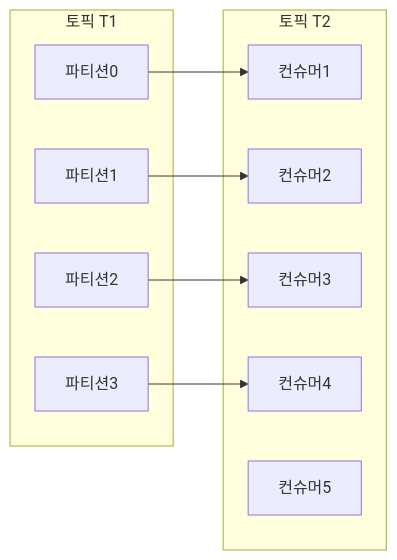
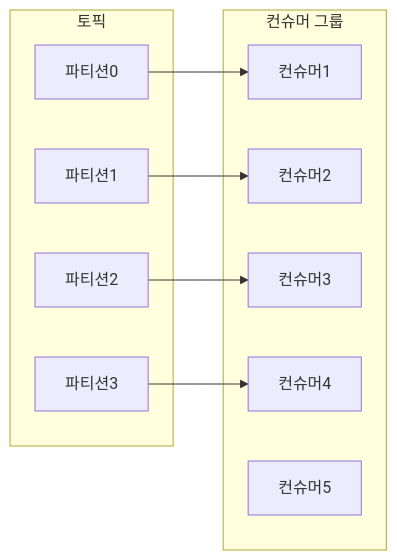
One commit to jonnung/kafka-definitive-guide-study changed the diagram in Chapter4_Consumer/README.md. Above: the diagram before and after it, drawn with Mermaid. The commit also changed other lines of this file, not shown here.

````diff
--- a/Chapter4_Consumer/README.md
+++ b/Chapter4_Consumer/README.md
@@ -8,20 +10,20 @@
 ```mermaid
 graph LR;
-	subgraph 토픽 T1
+	subgraph 토픽
 	파티션0
 	파티션1
 	파티션2
 	파티션3
 	end
-	subgraph 토픽 T2
+	subgraph 컨슈머 그룹
 	컨슈머1
 	컨슈머2
 	컨슈머3
 	컨슈머4
 	컨슈머5
 	end
 	파티션0 --> 컨슈머1
 	파티션1 --> 컨슈머2
 	파티션2 --> 컨슈머3
 	파티션3 --> 컨슈머4
 ```
````
